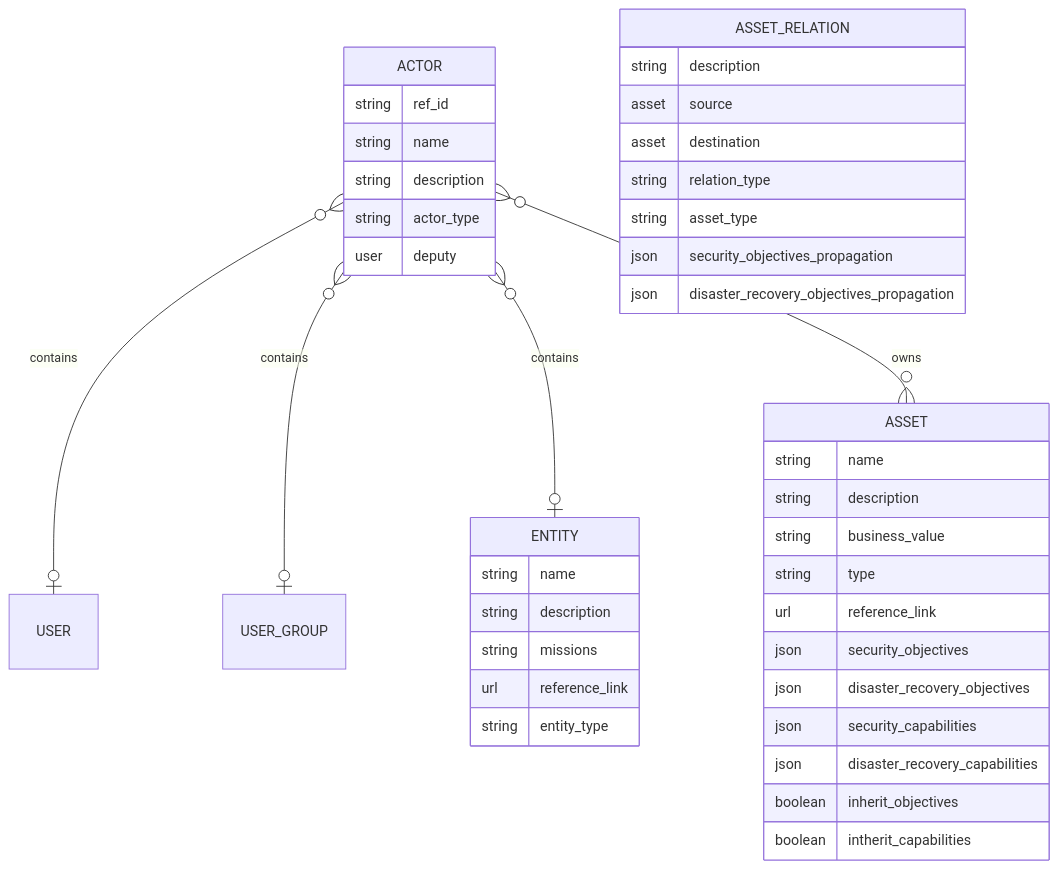
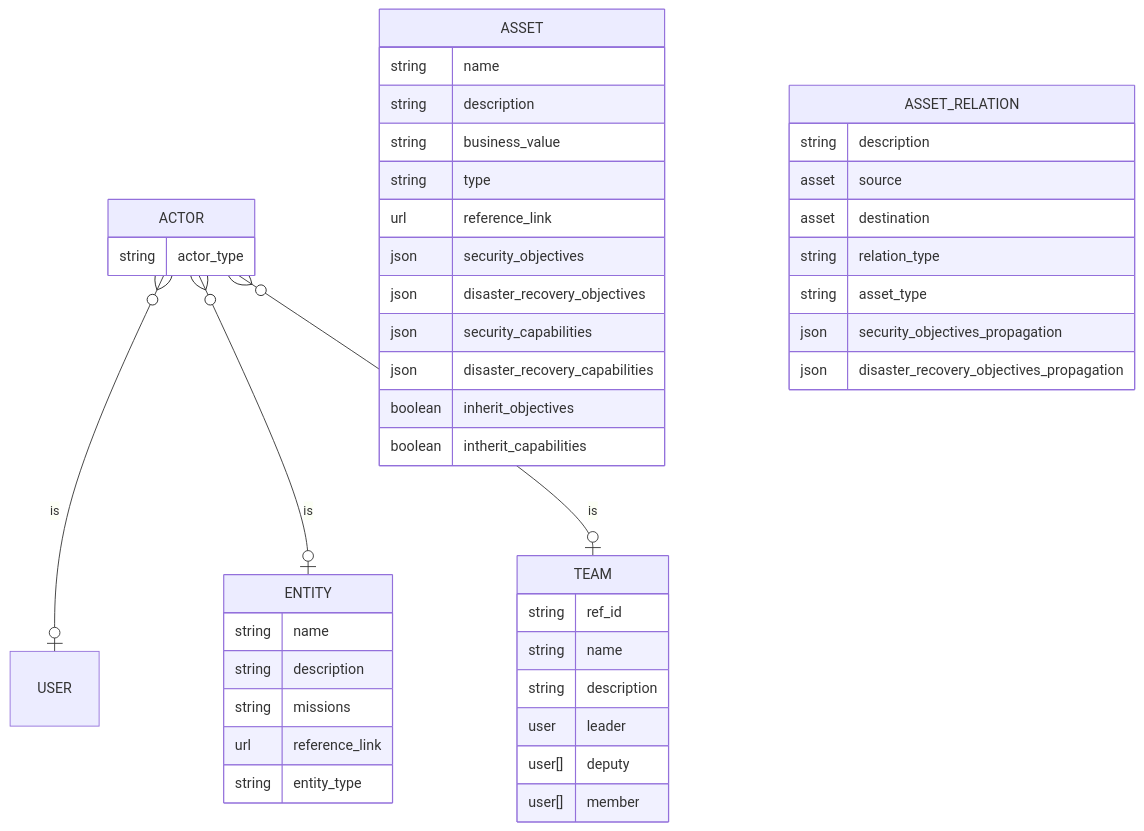
Before and after one commit to intuitem/ciso-assistant-community: diagram 16 of 16 in documentation/architecture/data-model.md, drawn with Mermaid. The commit also changed other lines of this file, not shown here.

````diff
--- a/documentation/architecture/data-model.md
+++ b/documentation/architecture/data-model.md
@@ -2017,49 +2017,54 @@
 ```mermaid
 erDiagram
 
-ACTOR          }o--o| USER       : contains
-ACTOR          }o--o| USER_GROUP : contains
-ACTOR          }o--o| ENTITY     : contains
-ACTOR          }o--o{ ASSET      : owns
+ACTOR          }o--o| USER       : is
+ACTOR          }o--o| ENTITY     : is
+ACTOR          }o--o| TEAM       : is
 
-ACTOR {
+TEAM {
     string      ref_id
     string      name
     string      description
+    user        leader
+    user[]      deputy
+    user[]      member
+ }
+
+
+ACTOR {
     string      actor_type
-    user        deputy
-}
+ }
 
 ENTITY {
     string  name
     string  description
     string  missions
     url     reference_link
     string  entity_type
 }
 
 ASSET {
     string  name
     string  description
     string  business_value
     string  type
     url     reference_link
     json    security_objectives
     json    disaster_recovery_objectives
     json    security_capabilities
     json    disaster_recovery_capabilities
     boolean inherit_objectives
     boolean intherit_capabilities
 }
 
 ASSET_RELATION {
     string  description
     asset   source
     asset   destination
     string  relation_type
     string  asset_type
     json    security_objectives_propagation
     json    disaster_recovery_objectives_propagation
 }
 
 ```
````
